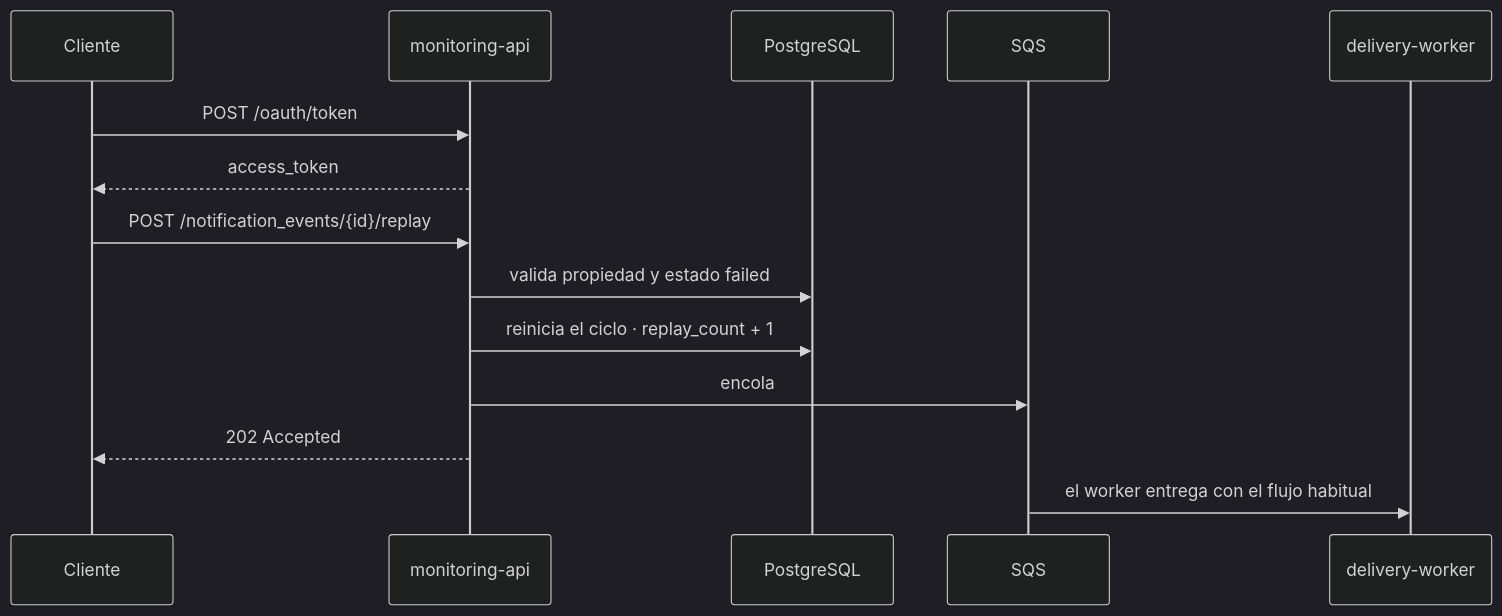
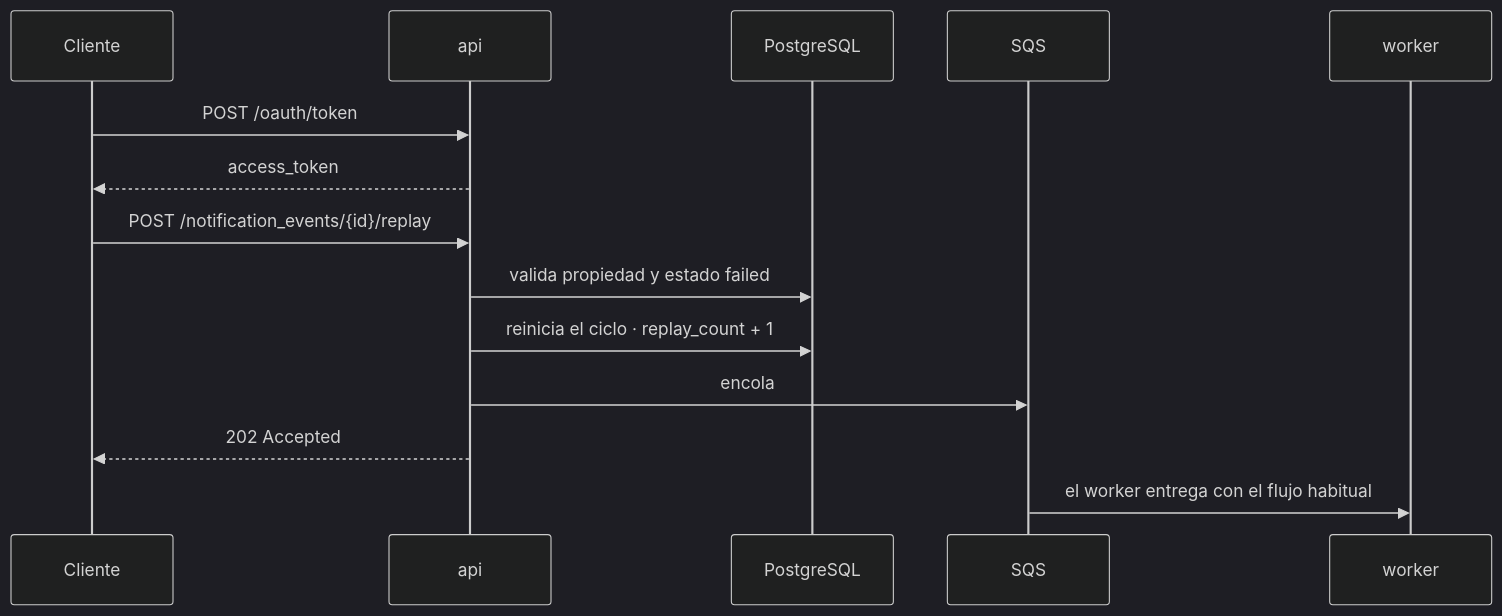
The fifth of 5 diagrams in README.md (ssalaza7/cobre-notification-delivery), drawn with Mermaid (dark theme) before and after one commit. The commit also changed other lines of this file and 140 other files, not shown here.

````diff
--- a/README.md
+++ b/README.md
@@ -231,17 +241,17 @@
 ```mermaid
 sequenceDiagram
     participant U as Cliente
-    participant API as monitoring-api
+    participant API as api
     participant DB as PostgreSQL
     participant Q as SQS
-    participant W as delivery-worker
+    participant W as worker
 
     U->>API: POST /oauth/token
     API-->>U: access_token
     U->>API: POST /notification_events/{id}/replay
     API->>DB: valida propiedad y estado failed
     API->>DB: reinicia el ciclo · replay_count + 1
     API->>Q: encola
     API-->>U: 202 Accepted
     Q->>W: el worker entrega con el flujo habitual
 ```
````
